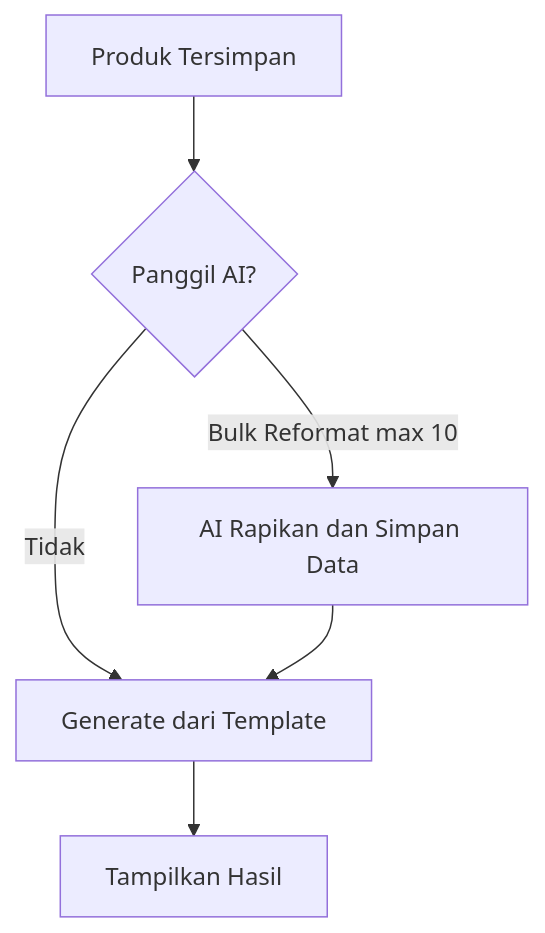
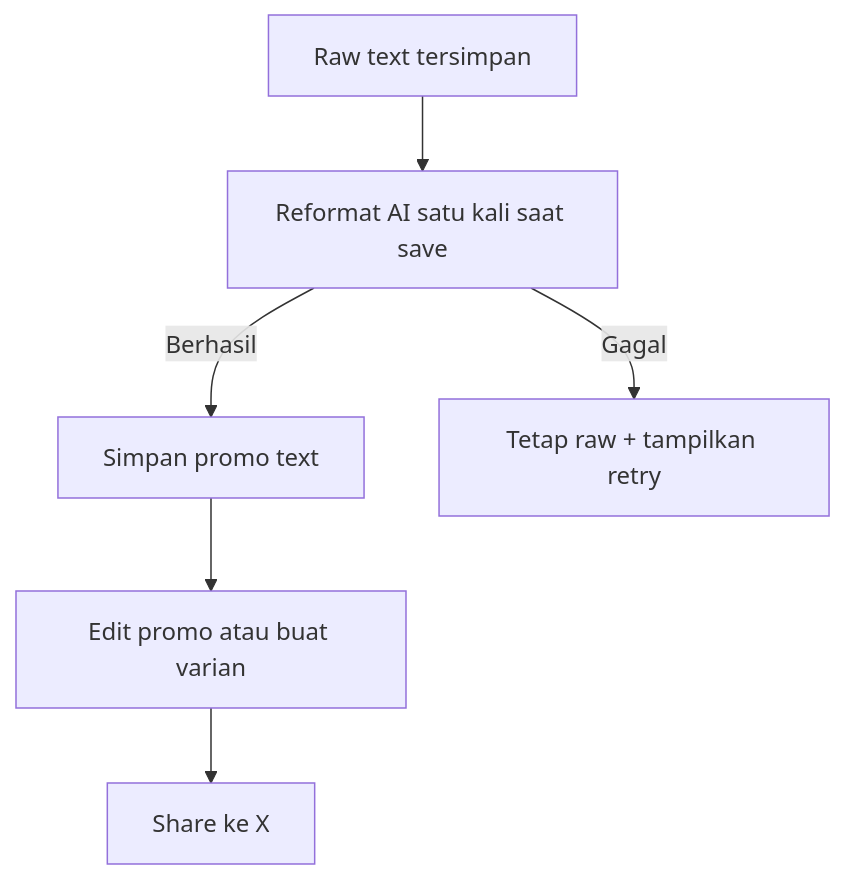
One commit to nunutech40/affilatorshopee changed the fifth of 5 diagrams in docs/PRD.md. Above: the diagram before and after it, drawn with Mermaid. The commit also changed other lines of this file and 41 other files, not shown here.

````diff
--- a/docs/PRD.md
+++ b/docs/PRD.md
@@ -123,8 +121,8 @@
 ```mermaid
 flowchart TD
-    A[Produk Tersimpan] --> B{Panggil AI?}
-    B -->|Bulk Reformat max 10| C[AI Rapikan dan Simpan Data]
-    B -->|Tidak| D[Generate dari Template]
-    C --> D
-    D --> E[Tampilkan Hasil]
+    A[Raw text tersimpan] --> B[Reformat AI satu kali saat save]
+    B -->|Berhasil| C[Simpan promo text]
+    B -->|Gagal| D[Tetap raw + tampilkan retry]
+    C --> E[Edit promo atau buat varian]
+    E --> F[Share ke X]
 ```
````
